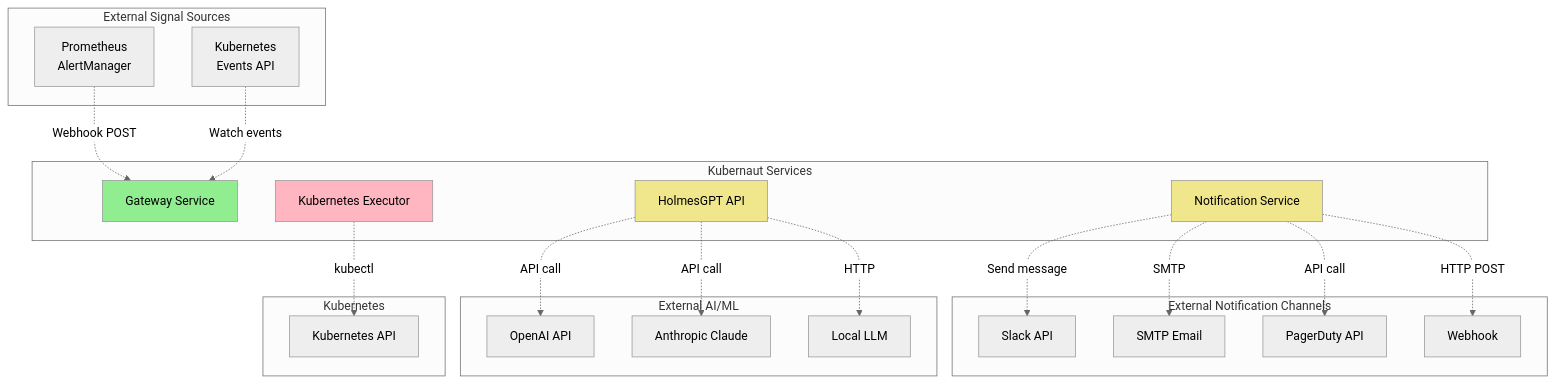
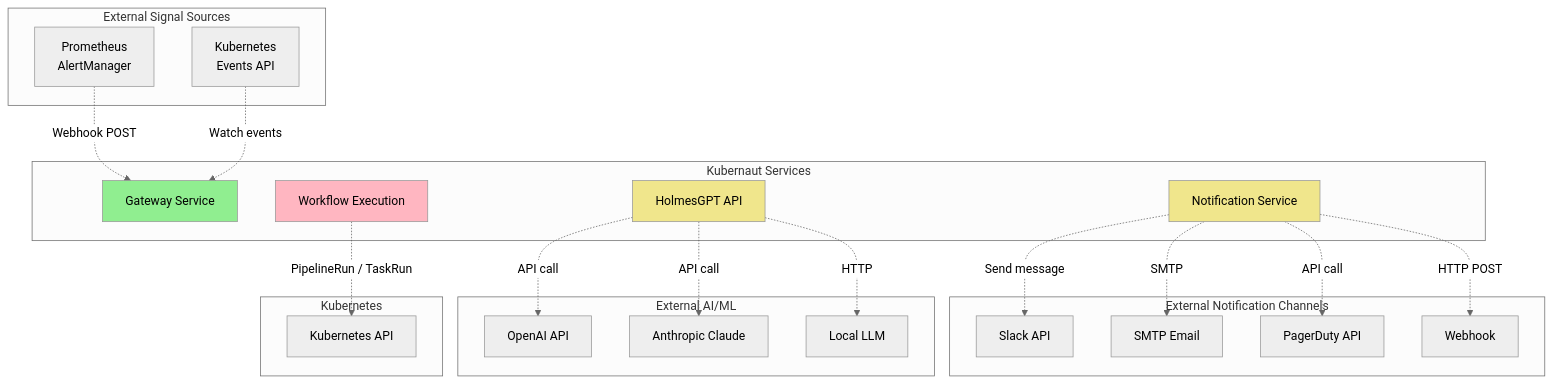
Before and after one commit to jordigilh/kubernaut: the sixth of 8 diagrams in docs/architecture/SERVICE_DEPENDENCY_MAP.md, drawn with Mermaid (neutral theme). The commit also changed other lines of this file and 63 other files, not shown here.

````diff
--- a/docs/architecture/SERVICE_DEPENDENCY_MAP.md
+++ b/docs/architecture/SERVICE_DEPENDENCY_MAP.md
@@ -466,54 +448,54 @@
 ```mermaid
 graph TB
     subgraph "Kubernaut Services"
         GW[Gateway Service]
         NS[Notification Service]
         HG[HolmesGPT API]
-        KE[Kubernetes Executor]
+        WE[Workflow Execution]
     end
 
     subgraph "External Signal Sources"
         PM[Prometheus<br/>AlertManager]
         K8E[Kubernetes<br/>Events API]
     end
 
     subgraph "External Notification Channels"
         SL[Slack API]
         EM[SMTP Email]
         PD[PagerDuty API]
         WH[Webhook]
     end
 
     subgraph "External AI/ML"
         OAI[OpenAI API]
         ANT[Anthropic Claude]
         LOC[Local LLM]
     end
 
     subgraph "Kubernetes"
         K8API[Kubernetes API]
     end
 
     %% Signal sources
     PM -.->|Webhook POST| GW
     K8E -.->|Watch events| GW
 
     %% Notifications
     NS -.->|Send message| SL
     NS -.->|SMTP| EM
     NS -.->|API call| PD
     NS -.->|HTTP POST| WH
 
     %% AI
     HG -.->|API call| OAI
     HG -.->|API call| ANT
     HG -.->|HTTP| LOC
 
-    %% Kubernetes
-    KE -.->|kubectl| K8API
+    %% Kubernetes (workflow + Tekton task workloads)
+    WE -.->|PipelineRun / TaskRun| K8API
 
     style GW fill:#90EE90
     style NS fill:#F0E68C
     style HG fill:#F0E68C
-    style KE fill:#FFB6C1
+    style WE fill:#FFB6C1
 ```
````
